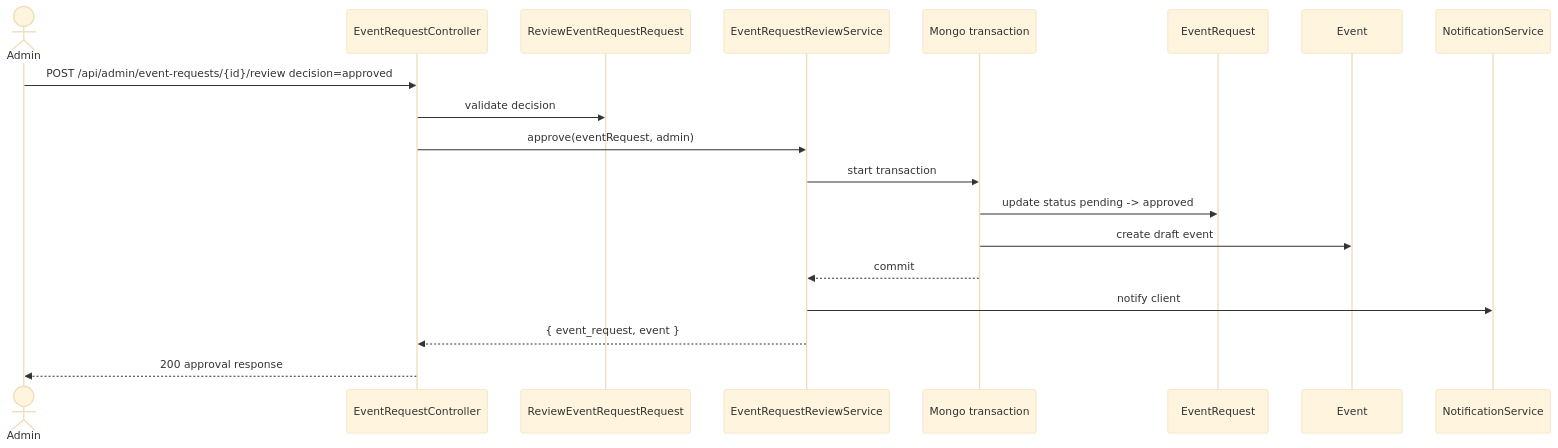
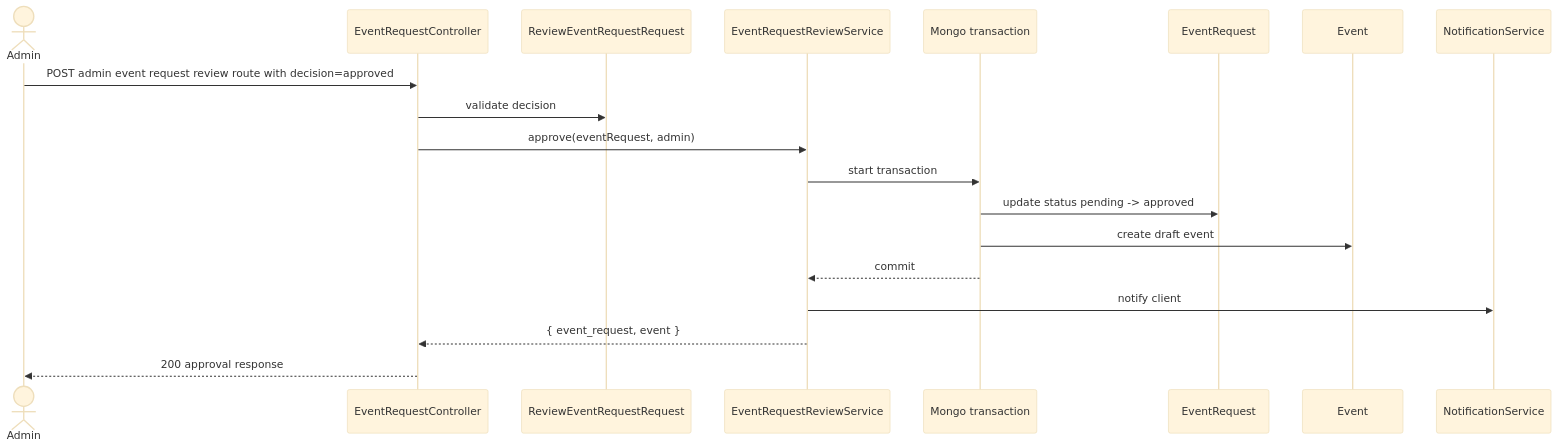
Diagram 17 of 34 in backend/docs/uml/workflows.md (AnouarMohamed/Velora), drawn with Mermaid (base theme) before and after one commit. The commit also changed other lines of this file and 6 other files, not shown here.

Commit message:
feat(docs): enhance README and UML workflows with detailed backend navigation and API routes

````diff
--- a/backend/docs/uml/workflows.md
+++ b/backend/docs/uml/workflows.md
@@ -398,22 +398,22 @@
 ```mermaid
 sequenceDiagram
     actor Admin
     participant API as EventRequestController
     participant Request as ReviewEventRequestRequest
     participant Service as EventRequestReviewService
     participant Mongo as Mongo transaction
     participant EventRequest as EventRequest
     participant Event as Event
     participant Notify as NotificationService
 
-    Admin->>API: POST /api/admin/event-requests/{id}/review decision=approved
+    Admin->>API: POST admin event request review route with decision=approved
     API->>Request: validate decision
     API->>Service: approve(eventRequest, admin)
     Service->>Mongo: start transaction
     Mongo->>EventRequest: update status pending -> approved
     Mongo->>Event: create draft event
     Mongo-->>Service: commit
     Service->>Notify: notify client
     Service-->>API: { event_request, event }
     API-->>Admin: 200 approval response
 ```
````
